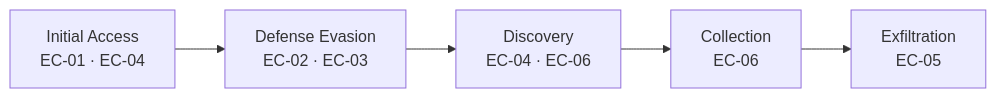
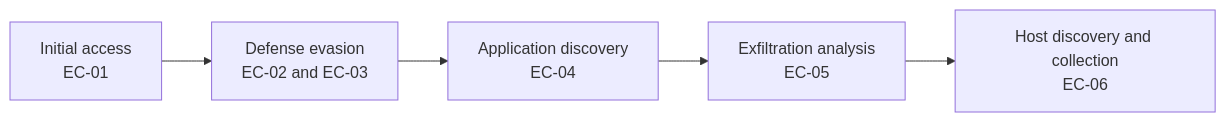
The fifth of 5 diagrams in README.md (chnk0x/Ecorp-CTFBox), drawn with Mermaid before and after one commit. The commit also changed other lines of this file, not shown here.

````diff
--- a/README.md
+++ b/README.md
@@ -281,4 +267,7 @@
 ```mermaid
 flowchart LR
-    A["Initial Access<br/>EC-01 · EC-04"] --> B["Defense Evasion<br/>EC-02 · EC-03"] --> C["Discovery<br/>EC-04 · EC-06"] --> D["Collection<br/>EC-06"] --> E["Exfiltration<br/>EC-05"]
+    A[Initial access<br/>EC-01] --> B[Defense evasion<br/>EC-02 and EC-03]
+    B --> C[Application discovery<br/>EC-04]
+    C --> D[Exfiltration analysis<br/>EC-05]
+    D --> E[Host discovery and collection<br/>EC-06]
 ```
````
